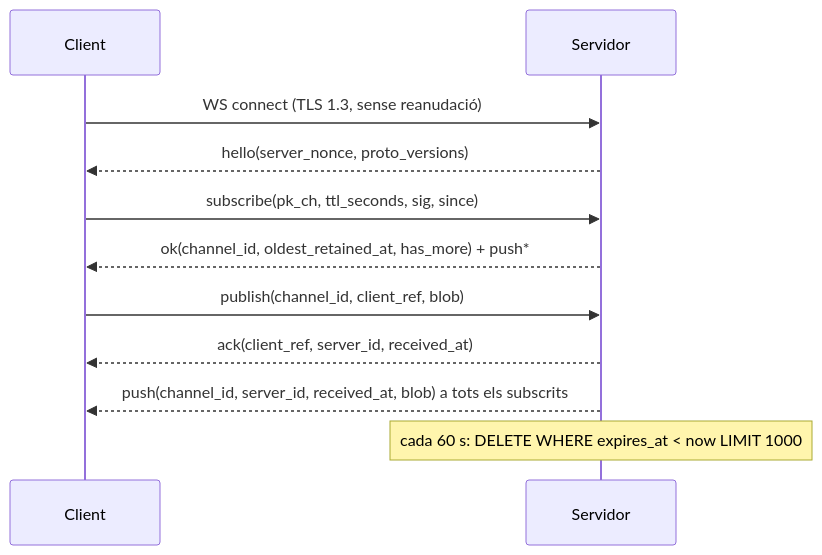
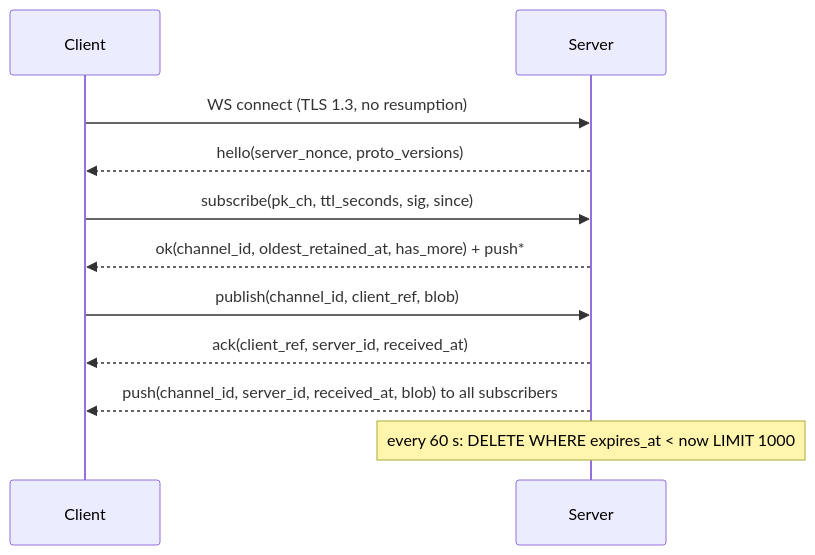
The first of 4 diagrams in docs/spec.md (maarcv/privatechat), drawn with Mermaid before and after one commit. The commit also changed other lines of this file and 75 other files, not shown here.

````diff
--- a/docs/spec.md
+++ b/docs/spec.md
@@ -229,13 +229,13 @@
 ```mermaid
 sequenceDiagram
     participant C as Client
-    participant S as Servidor
-    C->>S: WS connect (TLS 1.3, sense reanudació)
+    participant S as Server
+    C->>S: WS connect (TLS 1.3, no resumption)
     S-->>C: hello(server_nonce, proto_versions)
     C->>S: subscribe(pk_ch, ttl_seconds, sig, since)
     S-->>C: ok(channel_id, oldest_retained_at, has_more) + push*
     C->>S: publish(channel_id, client_ref, blob)
     S-->>C: ack(client_ref, server_id, received_at)
-    S-->>C: push(channel_id, server_id, received_at, blob) a tots els subscrits
-    Note over S: cada 60 s: DELETE WHERE expires_at < now LIMIT 1000
+    S-->>C: push(channel_id, server_id, received_at, blob) to all subscribers
+    Note over S: every 60 s: DELETE WHERE expires_at < now LIMIT 1000
 ```
````
